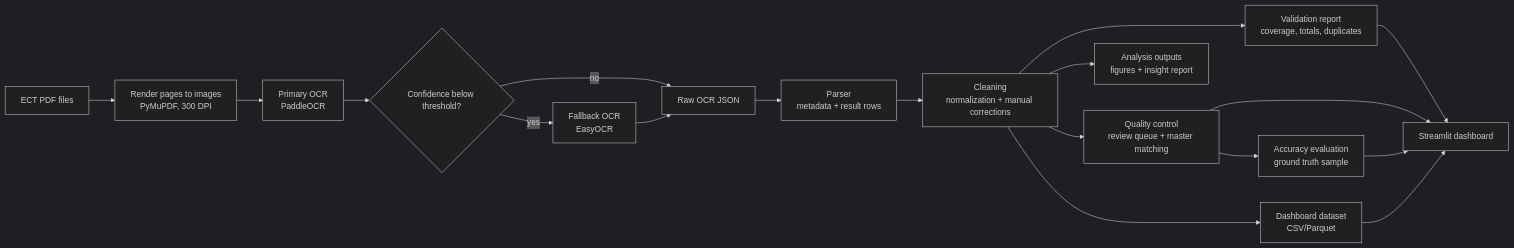
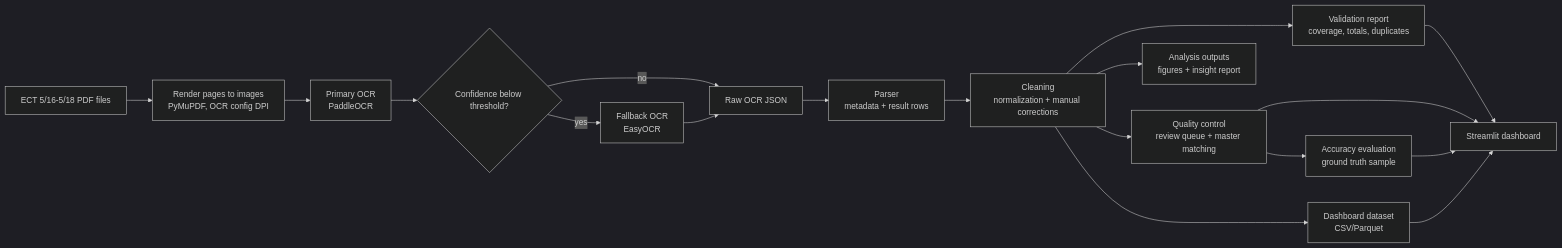
Before and after one commit to besttny/ProjectDSDE_election2026: the diagram in docs/architecture.md, drawn with Mermaid (dark theme). The commit also changed other lines of this file and 3 other files, not shown here.

````diff
--- a/docs/architecture.md
+++ b/docs/architecture.md
@@ -3,20 +3,20 @@
 ```mermaid
 flowchart LR
-    A["ECT PDF files"] --> B["Render pages to images<br/>PyMuPDF, 300 DPI"]
+    A["ECT 5/16-5/18 PDF files"] --> B["Render pages to images<br/>PyMuPDF, OCR config DPI"]
     B --> C["Primary OCR<br/>PaddleOCR"]
     C --> D{"Confidence below threshold?"}
     D -- yes --> E["Fallback OCR<br/>EasyOCR"]
     D -- no --> F["Raw OCR JSON"]
     E --> F
     F --> G["Parser<br/>metadata + result rows"]
     G --> H["Cleaning<br/>normalization + manual corrections"]
     H --> I["Validation report<br/>coverage, totals, duplicates"]
     H --> J["Quality control<br/>review queue + master matching"]
     J --> K["Accuracy evaluation<br/>ground truth sample"]
     H --> L["Analysis outputs<br/>figures + insight report"]
     H --> M["Dashboard dataset<br/>CSV/Parquet"]
     I --> N["Streamlit dashboard"]
     J --> N
     K --> N
     M --> N
 ```
````
